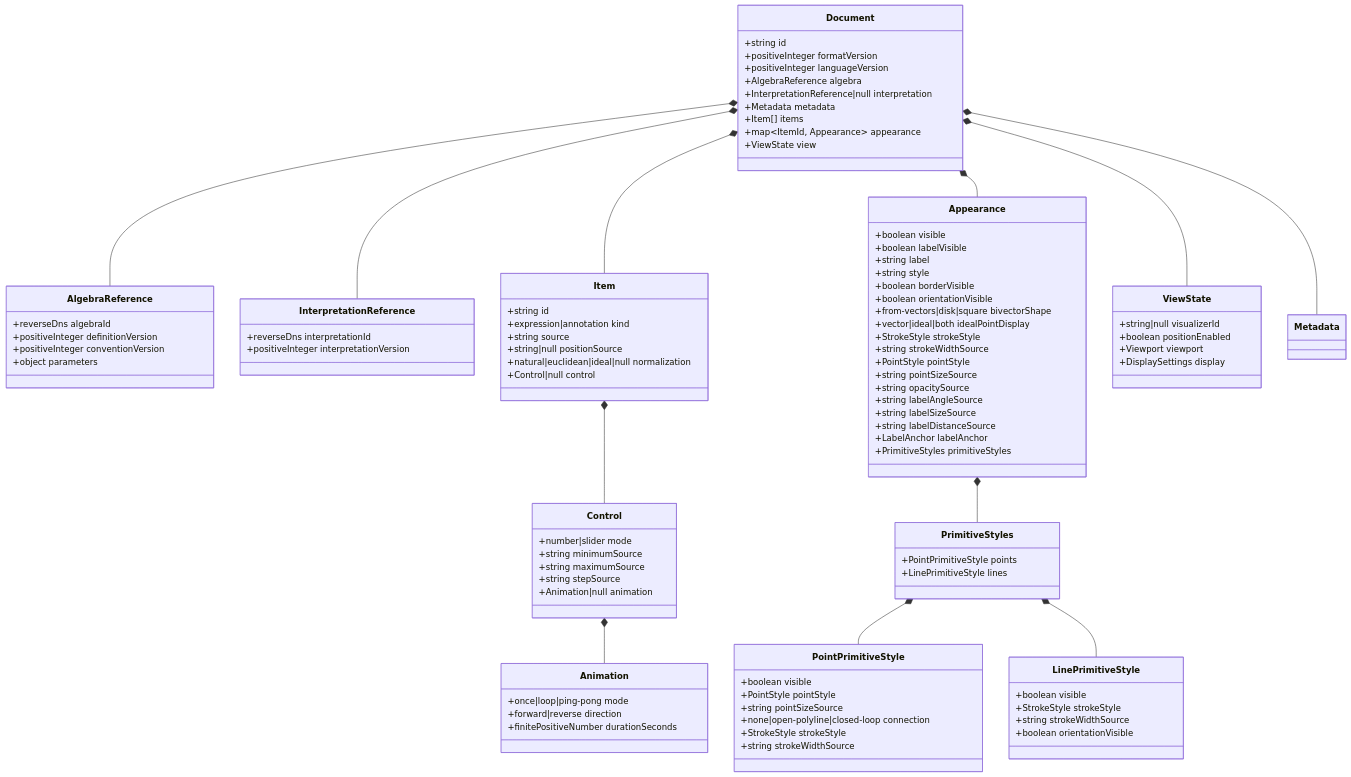
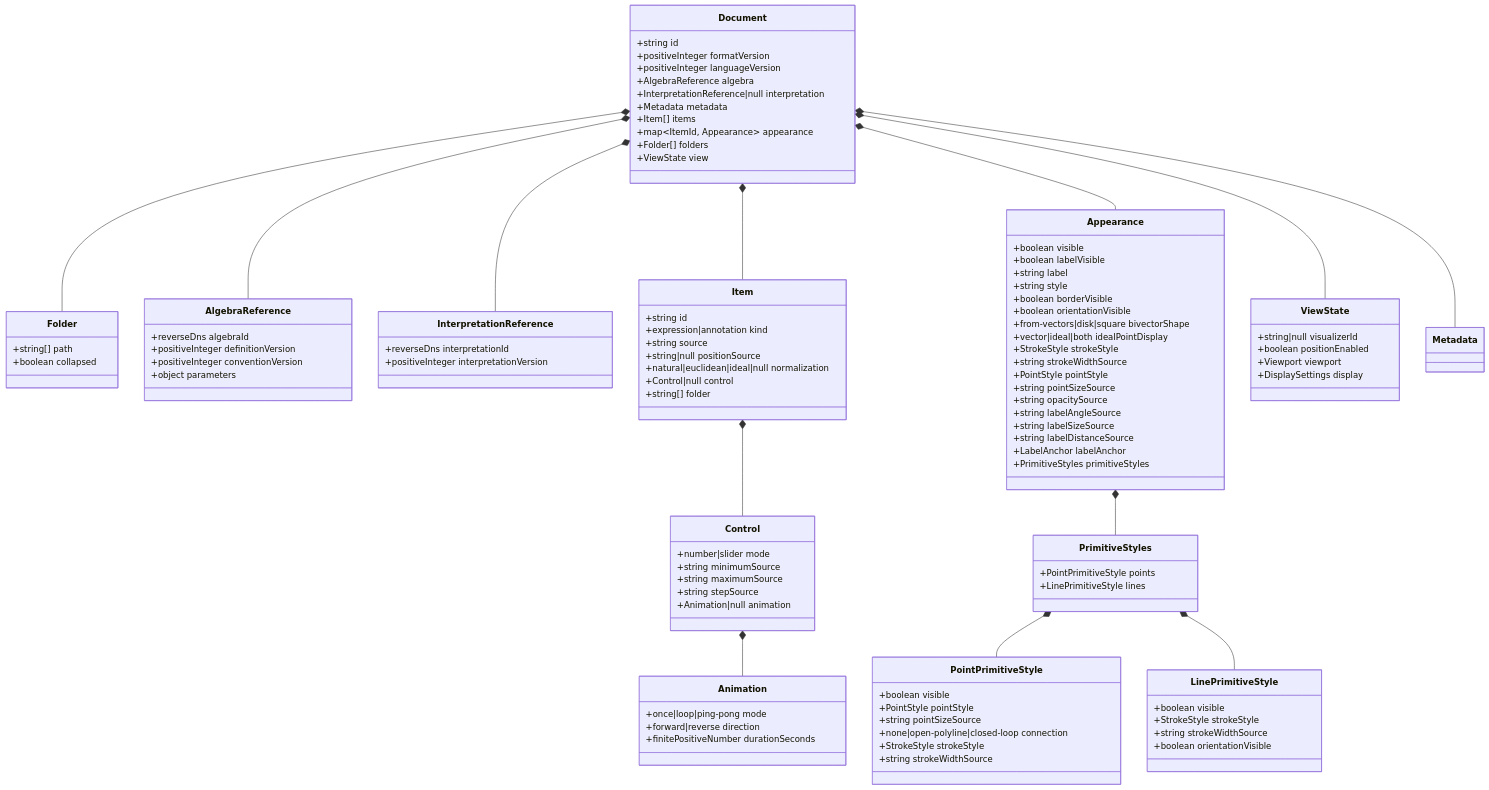
One commit to eharquin/gamut changed the first of 2 diagrams in docs/specifications/document-format.md. Above: the diagram before and after it, drawn with Mermaid. The commit also changed other lines of this file and 17 other files, not shown here.

```diff
--- a/docs/specifications/document-format.md
+++ b/docs/specifications/document-format.md
@@ -112,7 +112,12 @@
       +Metadata metadata
       +Item[] items
       +map~ItemId, Appearance~ appearance
+      +Folder[] folders
       +ViewState view
+    }
+    class Folder {
+      +string[] path
+      +boolean collapsed
     }
     class AlgebraReference {
       +reverseDns algebraId
@@ -131,6 +136,7 @@
       +string|null positionSource
       +natural|euclidean|ideal|null normalization
       +Control|null control
+      +string[] folder
     }
     class Control {
       +number|slider mode
@@ -192,6 +198,7 @@
     Document *-- InterpretationReference
     Document *-- Metadata
     Document *-- Item
+    Document *-- Folder
     Document *-- Appearance
     Appearance *-- PrimitiveStyles
     PrimitiveStyles *-- PointPrimitiveStyle
```
